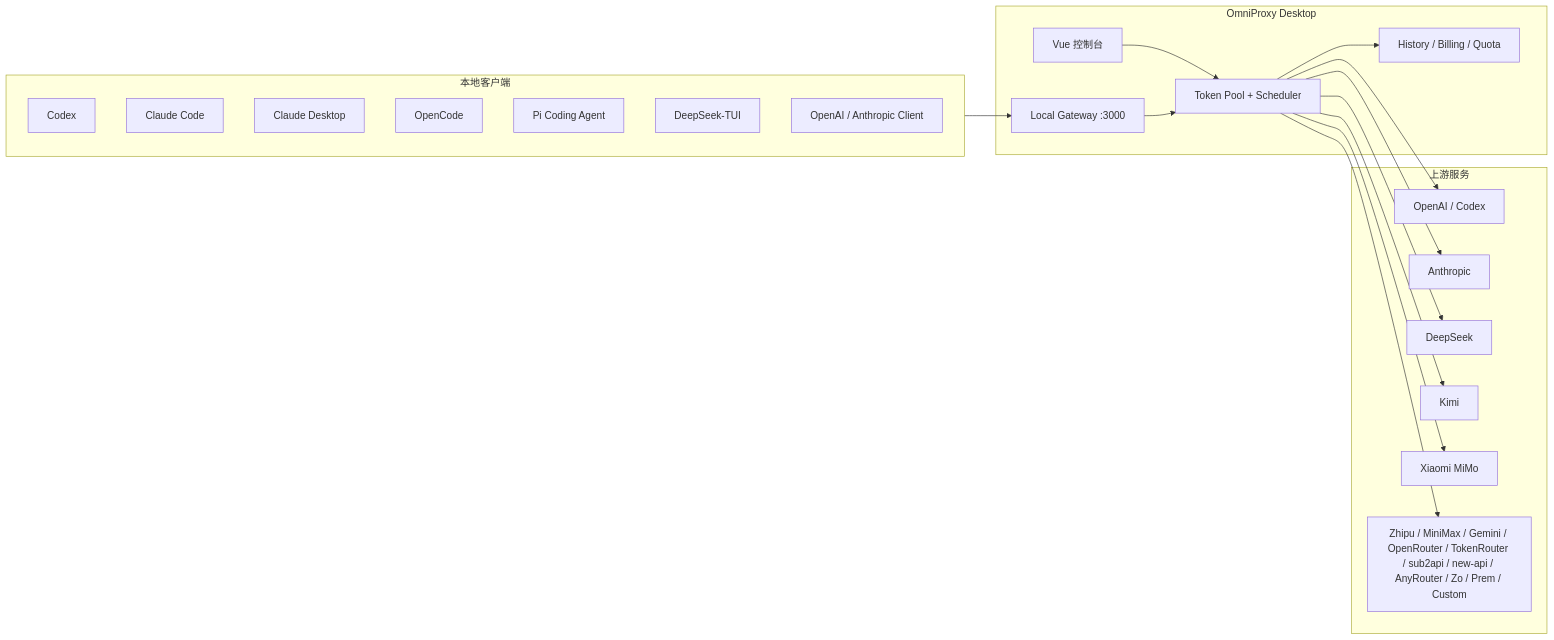
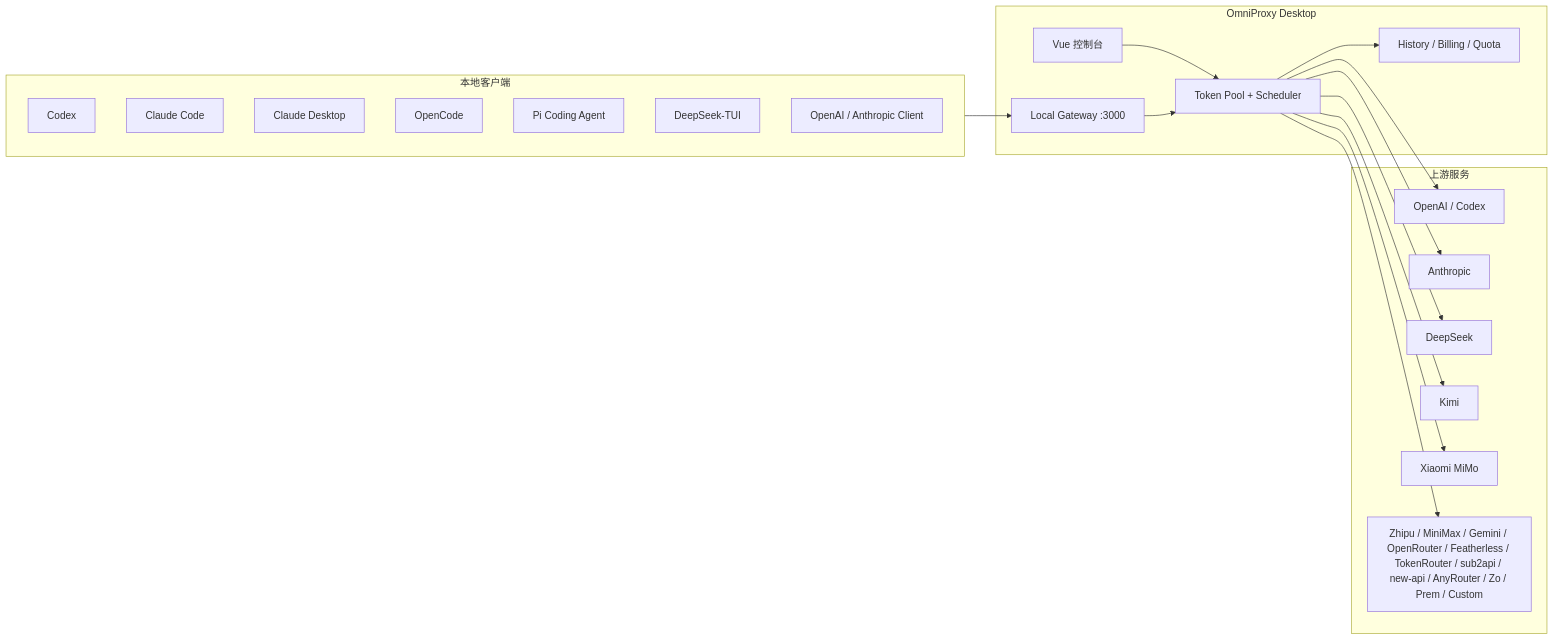
The diagram in README.md (mibgb65-cloud/OmniProxy), drawn with Mermaid before and after one commit. The commit also changed other lines of this file and 31 other files, not shown here.

````diff
--- a/README.md
+++ b/README.md
@@ -48,39 +48,39 @@
 ```mermaid
 flowchart LR
   subgraph Clients["本地客户端"]
     Codex["Codex"]
     Claude["Claude Code"]
     ClaudeDesktop["Claude Desktop"]
     OpenCode["OpenCode"]
     Pi["Pi Coding Agent"]
     DeepSeekTUI["DeepSeek-TUI"]
     API["OpenAI / Anthropic Client"]
   end
 
   subgraph OmniProxy["OmniProxy Desktop"]
     Console["Vue 控制台"]
     Proxy["Local Gateway :3000"]
     Scheduler["Token Pool + Scheduler"]
     Logs["History / Billing / Quota"]
   end
 
   subgraph Providers["上游服务"]
     OpenAI["OpenAI / Codex"]
     Anthropic["Anthropic"]
     DeepSeek["DeepSeek"]
     Kimi["Kimi"]
     Mimo["Xiaomi MiMo"]
-    More["Zhipu / MiniMax / Gemini / OpenRouter / TokenRouter / sub2api / new-api / AnyRouter / Zo / Prem / Custom"]
+    More["Zhipu / MiniMax / Gemini / OpenRouter / Featherless / TokenRouter / sub2api / new-api / AnyRouter / Zo / Prem / Custom"]
   end
 
   Clients --> Proxy
   Console --> Scheduler
   Proxy --> Scheduler
   Scheduler --> Logs
   Scheduler --> OpenAI
   Scheduler --> Anthropic
   Scheduler --> DeepSeek
   Scheduler --> Kimi
   Scheduler --> Mimo
   Scheduler --> More
 ```
````
